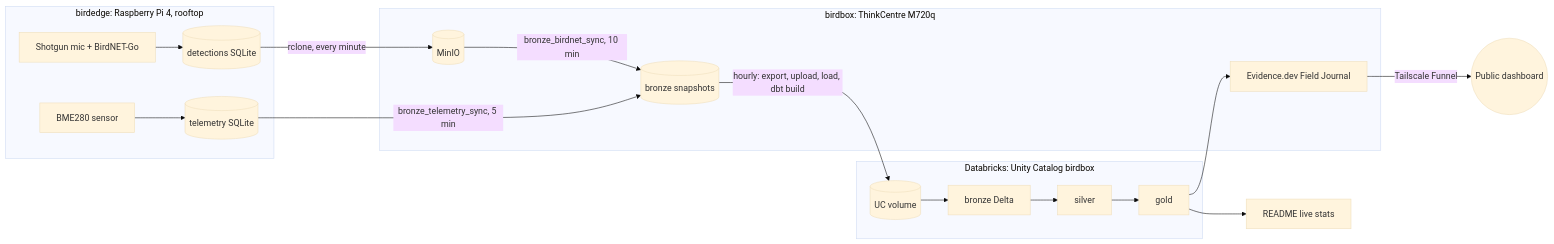
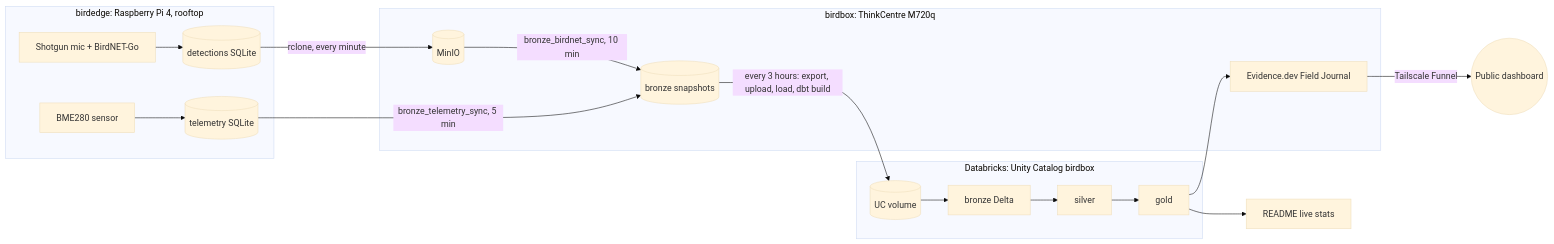
One commit to ndataops/birdbox changed the diagram in README.md. Above: the diagram before and after it, drawn with Mermaid (base theme). The commit also changed other lines of this file and 3 other files, not shown here.

````diff
--- a/README.md
+++ b/README.md
@@ -57,22 +55,22 @@
 ```mermaid
 flowchart LR
   subgraph edge["birdedge: Raspberry Pi 4, rooftop"]
     mic["Shotgun mic + BirdNET-Go"] --> det[("detections SQLite")]
     bme["BME280 sensor"] --> tel[("telemetry SQLite")]
   end
   subgraph box["birdbox: ThinkCentre M720q"]
     minio[("MinIO")]
     snap[("bronze snapshots")]
     ev["Evidence.dev Field Journal"]
   end
   subgraph dbx["Databricks: Unity Catalog birdbox"]
     vol[("UC volume")] --> b["bronze Delta"] --> s["silver"] --> g["gold"]
   end
   det -- "rclone, every minute" --> minio
   minio -- "bronze_birdnet_sync, 10 min" --> snap
   tel -- "bronze_telemetry_sync, 5 min" --> snap
-  snap -- "hourly: export, upload, load, dbt build" --> vol
+  snap -- "every 3 hours: export, upload, load, dbt build" --> vol
   g --> ev
   g --> readme["README live stats"]
   ev -- "Tailscale Funnel" --> pub(("Public dashboard"))
 ```
````
